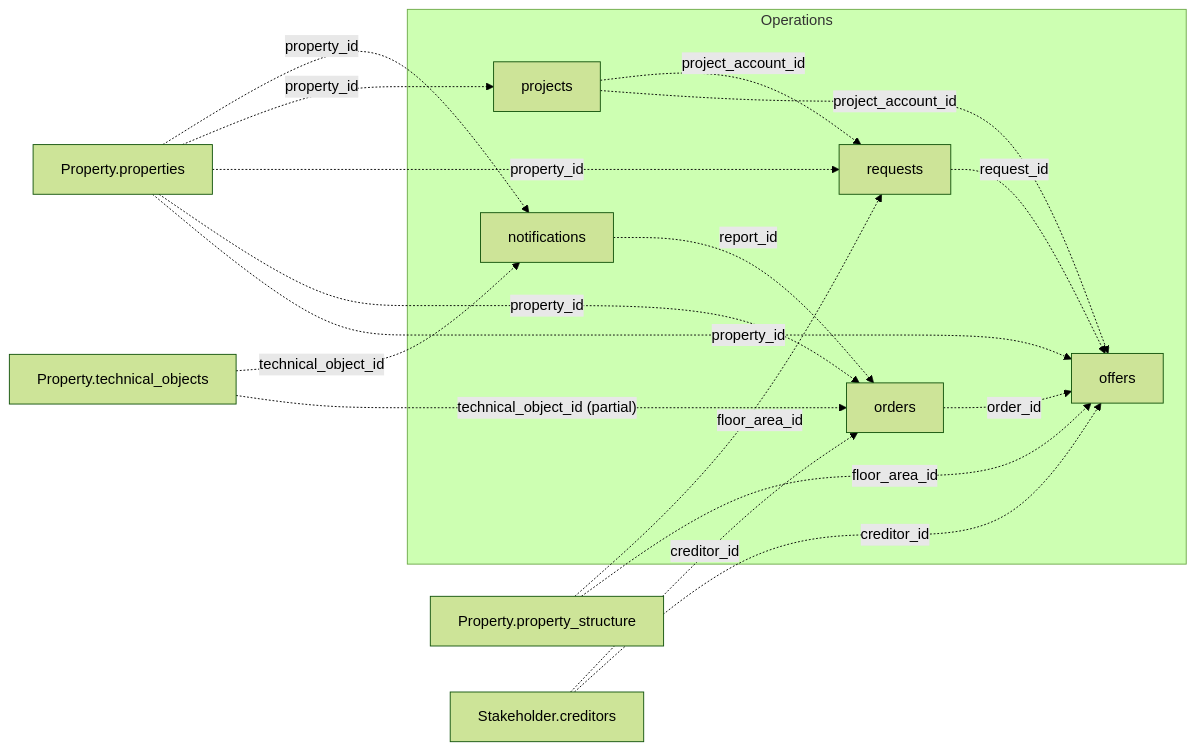
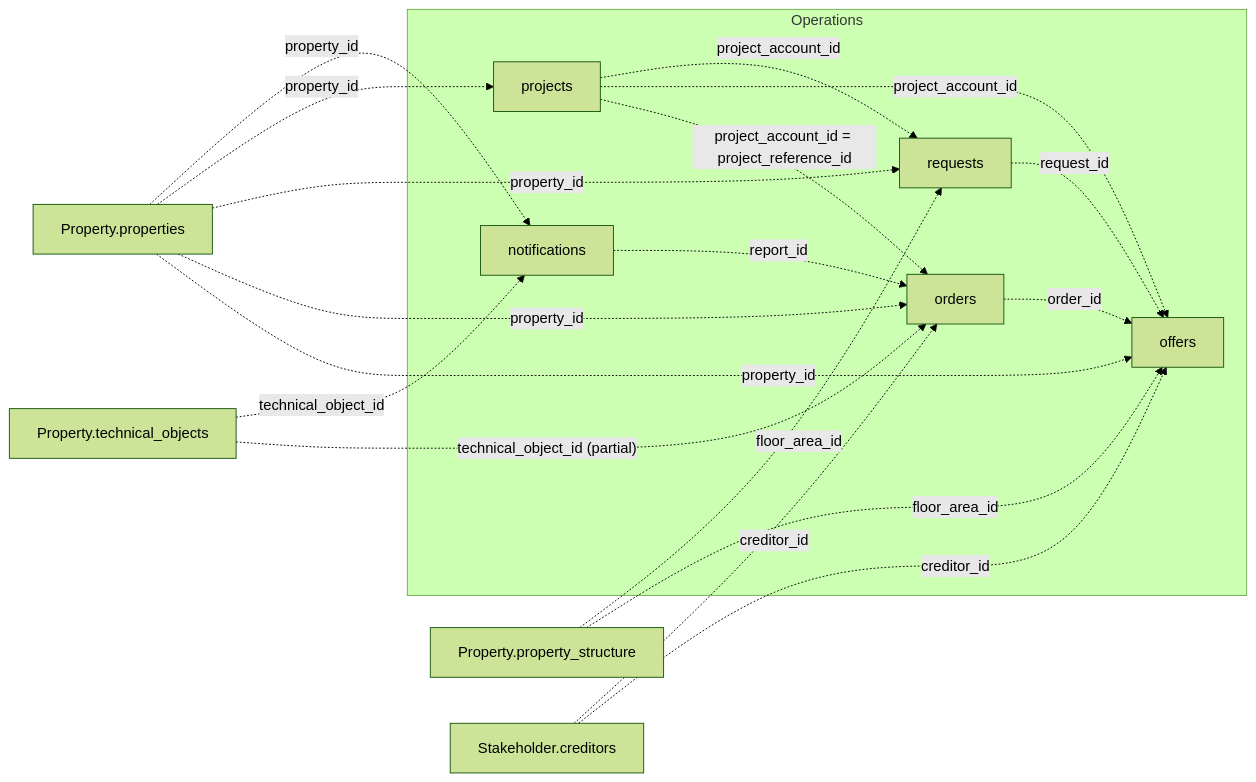
One commit to Trassets-ai/api-docs changed the diagram in v1/data-model/operations.mdx. Above: the diagram before and after it, drawn with Mermaid (forest theme). The commit also changed other lines of this file and 5 other files, not shown here.

First line of the commit message:
docs(v1): orders.project_reference_id joint auf projects.project_account_id

````diff
--- a/v1/data-model/operations.mdx
+++ b/v1/data-model/operations.mdx
@@ -10,32 +10,33 @@
 ```mermaid
 graph LR
   subgraph Operations
     notifications["notifications"]
     offers["offers"]
     orders["orders"]
     projects["projects"]
     requests["requests"]
   end
 
   properties["Property.properties"]
   technical_objects["Property.technical_objects"]
   property_structure["Property.property_structure"]
   creditor["Stakeholder.creditors"]
 
   properties -.->|property_id| notifications
   properties -.->|property_id| projects
   properties -.->|property_id| requests
   projects -.->|project_account_id| requests
   technical_objects -.->|technical_object_id| notifications
   properties -.->|property_id| orders
   notifications -.->|report_id| orders
   creditor -.->|creditor_id| orders
   technical_objects -.->|"technical_object_id (partial)"| orders
   properties -.->|property_id| offers
   requests -.->|request_id| offers
   creditor -.->|creditor_id| offers
   orders -.->|order_id| offers
   projects -.->|project_account_id| offers
+  projects -.->|"project_account_id = project_reference_id"| orders
   property_structure -.->|floor_area_id| requests
   property_structure -.->|floor_area_id| offers
 ```
````
